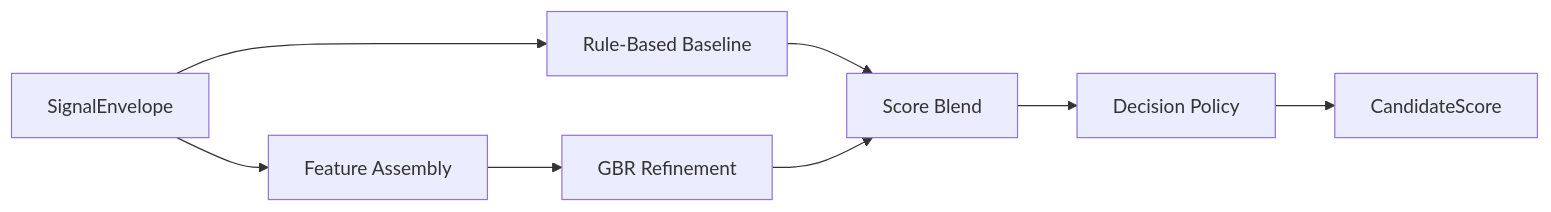
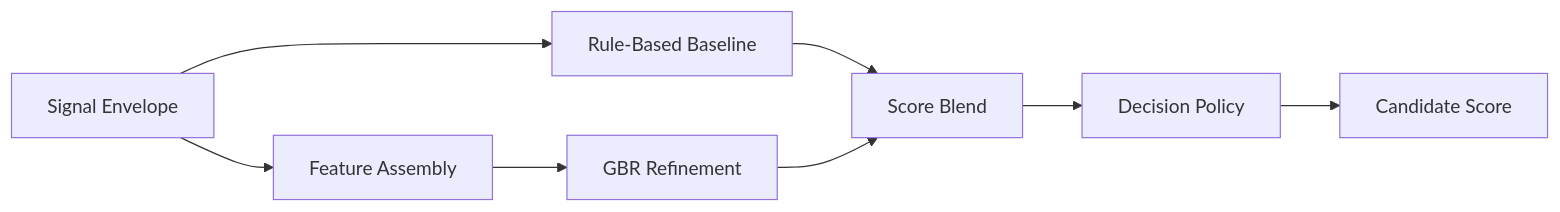
Before and after one commit to alenisaw/invision_u_Vi-Ka: the diagram in docs/eng/SCORING.md, drawn with Mermaid. The commit also changed other lines of this file and 295 other files, not shown here.

````diff
--- a/docs/eng/SCORING.md
+++ b/docs/eng/SCORING.md
@@ -201,18 +185,18 @@
 ```mermaid
 flowchart LR
-    Envelope["SignalEnvelope"]
+    Envelope["Signal Envelope"]
     Rules["Rule-Based Baseline"]
     Features["Feature Assembly"]
     GBR["GBR Refinement"]
     Blend["Score Blend"]
     Policy["Decision Policy"]
-    Score["CandidateScore"]
+    Score["Candidate Score"]
 
     Envelope --> Rules
     Envelope --> Features
     Features --> GBR
     Rules --> Blend
     GBR --> Blend
     Blend --> Policy
     Policy --> Score
 ```
````
